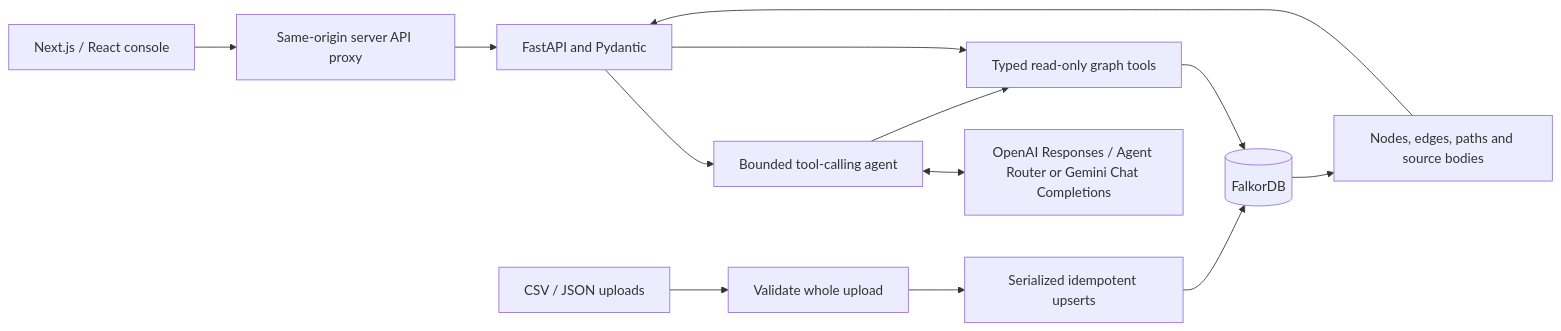
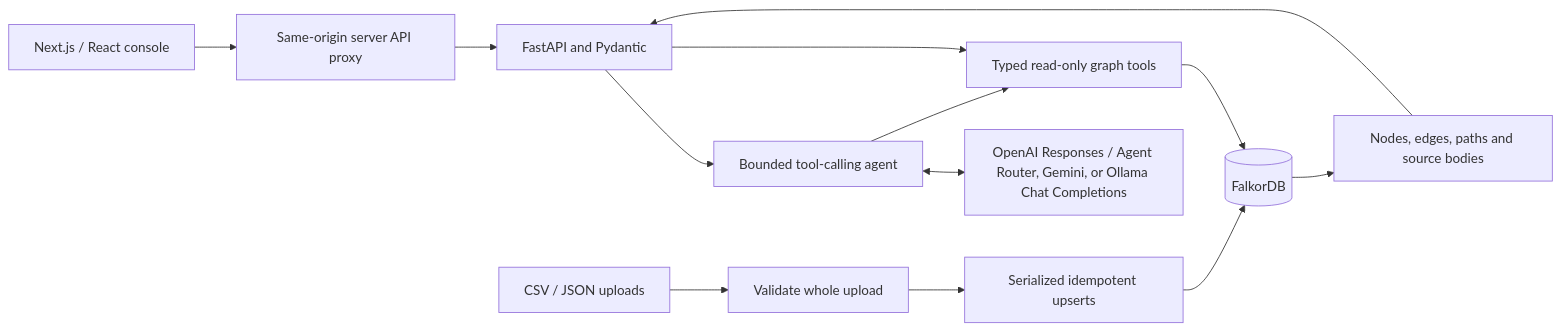
One commit to krshn0x/KnowGraph-AI-Standalone changed the diagram in docs/architecture.md. Above: the diagram before and after it, drawn with Mermaid. The commit also changed other lines of this file and 16 other files, not shown here.

````diff
--- a/docs/architecture.md
+++ b/docs/architecture.md
@@ -3,15 +3,15 @@
 ```mermaid
 flowchart LR
     UI[Next.js / React console] --> Proxy[Same-origin server API proxy]
     Proxy --> API[FastAPI and Pydantic]
     API --> Agent[Bounded tool-calling agent]
-    Agent <--> LLM[OpenAI Responses / Agent Router or Gemini Chat Completions]
+    Agent <--> LLM[OpenAI Responses / Agent Router, Gemini, or Ollama Chat Completions]
     Agent --> Tools[Typed read-only graph tools]
     API --> Tools
     Tools --> DB[(FalkorDB)]
     Upload[CSV / JSON uploads] --> Validate[Validate whole upload]
     Validate --> Lock[Serialized idempotent upserts]
     Lock --> DB
     DB --> Evidence[Nodes, edges, paths and source bodies]
     Evidence --> API
 ```
````
